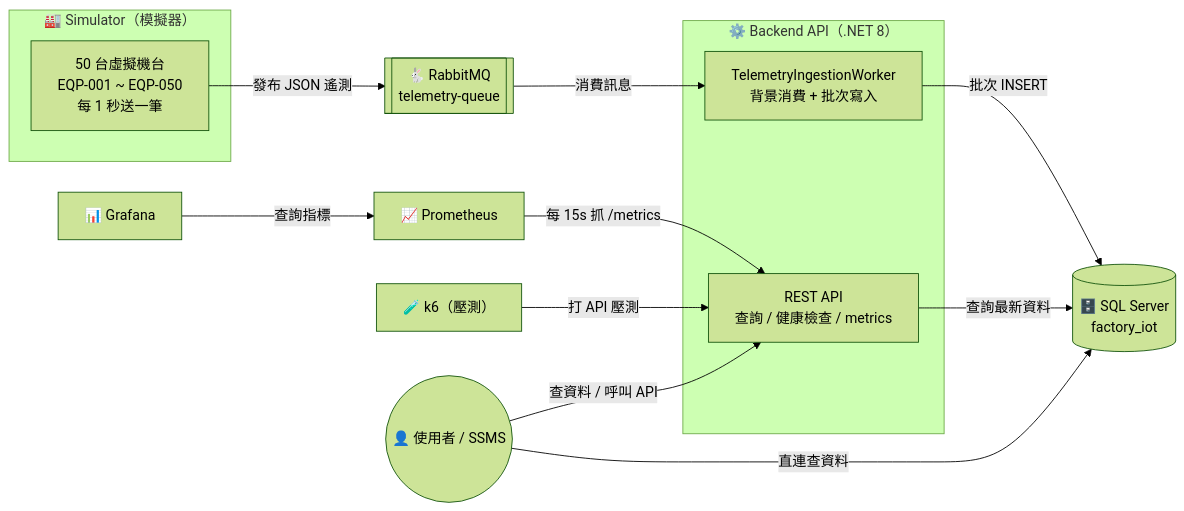
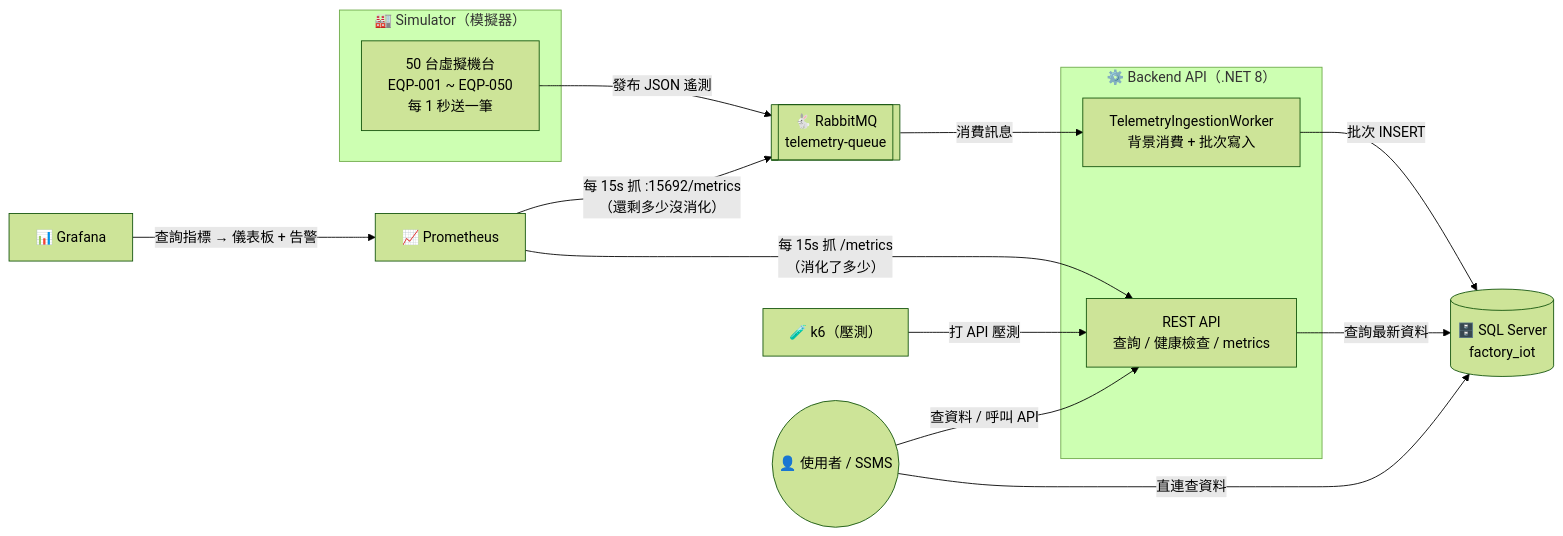
Before and after one commit to Jeffrey-Pai/Factory-IoT-Ingestion-System: the first of 6 diagrams in docs/ARCHITECTURE.md, drawn with Mermaid (forest theme). The commit also changed other lines of this file and 17 other files, not shown here.

````diff
--- a/docs/ARCHITECTURE.md
+++ b/docs/ARCHITECTURE.md
@@ -27,28 +27,29 @@
 ```mermaid
 flowchart LR
     subgraph sim["🏭 Simulator（模擬器）"]
         M["50 台虛擬機台<br/>EQP-001 ~ EQP-050<br/>每 1 秒送一筆"]
     end
 
     subgraph core["⚙️ Backend API（.NET 8）"]
         W["TelemetryIngestionWorker<br/>背景消費 + 批次寫入"]
         API["REST API<br/>查詢 / 健康檢查 / metrics"]
     end
 
     MQ[["🐇 RabbitMQ<br/>telemetry-queue"]]
     DB[("🗄️ SQL Server<br/>factory_iot")]
     PROM["📈 Prometheus"]
     GRAF["📊 Grafana"]
     K6["🧪 k6（壓測）"]
     USER(("👤 使用者 / SSMS"))
 
     M -- "發布 JSON 遙測" --> MQ
     MQ -- "消費訊息" --> W
     W -- "批次 INSERT" --> DB
     API -- "查詢最新資料" --> DB
-    PROM -- "每 15s 抓 /metrics" --> API
-    GRAF -- "查詢指標" --> PROM
+    PROM -- "每 15s 抓 /metrics<br/>（消化了多少）" --> API
+    PROM -- "每 15s 抓 :15692/metrics<br/>（還剩多少沒消化）" --> MQ
+    GRAF -- "查詢指標 → 儀表板 + 告警" --> PROM
     K6 -- "打 API 壓測" --> API
     USER -- "查資料 / 呼叫 API" --> API
     USER -- "直連查資料" --> DB
 ```
````
